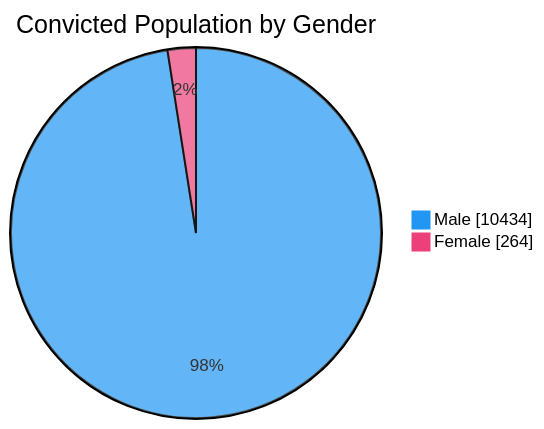
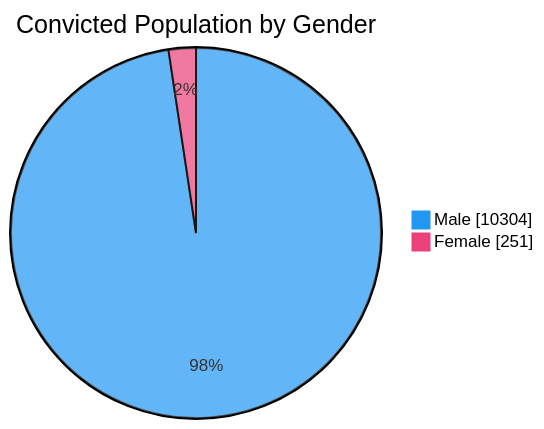
Before and after one commit to nuuuwan/lk_prisons: the third of 7 diagrams in README.md, drawn with Mermaid. The commit also changed other lines of this file and 1 other file, not shown here.

````diff
--- a/README.md
+++ b/README.md
@@ -65,6 +65,6 @@
 ```mermaid
 %%{init: {'themeVariables': {'pie1': '#2196F3', 'pie2': '#EC407A'}}}%%
 pie showData title Convicted Population by Gender
-    "Male" : 10434
-    "Female" : 264
+    "Male" : 10304
+    "Female" : 251
 ```
````
